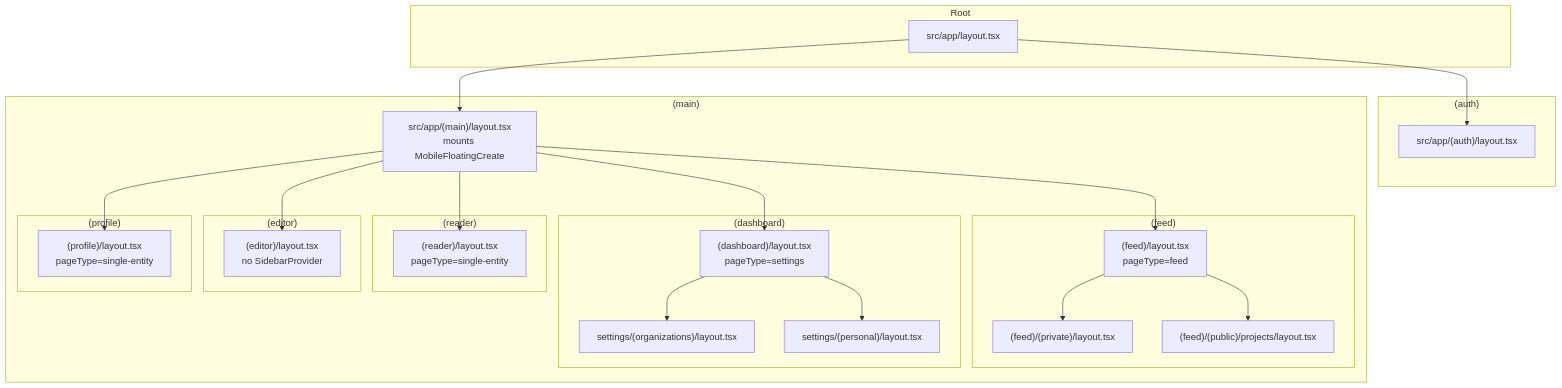
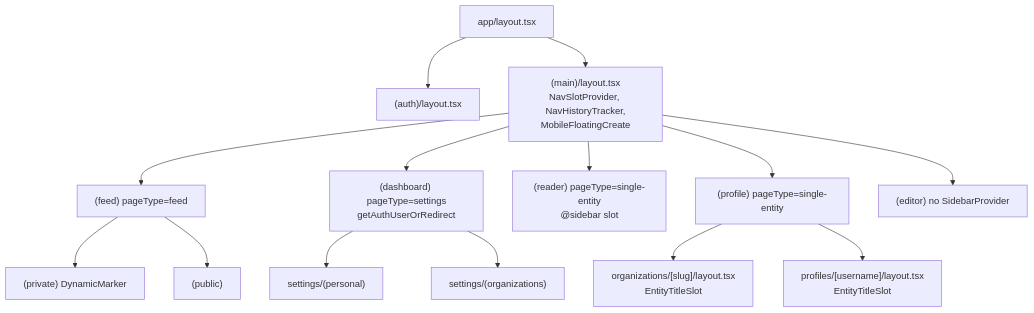
Before and after one commit to jackcasstlesjones/ozeaon-wiki: the diagram in src/content/docs/architecture/app-structure.md, drawn with Mermaid. The commit also changed other lines of this file and 7 other files, not shown here.

Commit message:
docs: trim edge functions, app structure, SSR, profiles, search, events and icons pages

````diff
--- a/src/content/docs/architecture/app-structure.md
+++ b/src/content/docs/architecture/app-structure.md
@@ -44,50 +21,16 @@
 ```mermaid
 flowchart TD
-    subgraph sg_Root["Root"]
-        RootLayout["src/app/layout.tsx"]
-    end
-
-    subgraph sg_Auth["(auth)"]
-        AuthLayout["src/app/(auth)/layout.tsx"]
-    end
-
-    subgraph sg_Main["(main)"]
-        MainLayout["src/app/(main)/layout.tsx<br/>mounts MobileFloatingCreate"]
-
-        subgraph sg_Feed["(feed)"]
-            FeedLayout["(feed)/layout.tsx<br/>pageType=feed"]
-            FeedPrivate["(feed)/(private)/layout.tsx"]
-            FeedPublic["(feed)/(public)/projects/layout.tsx"]
-        end
-
-        subgraph sg_Dashboard["(dashboard)"]
-            DashLayout["(dashboard)/layout.tsx<br/>pageType=settings"]
-            SettingsOrg["settings/(organizations)/layout.tsx"]
-            SettingsPersonal["settings/(personal)/layout.tsx"]
-        end
-
-        subgraph sg_Reader["(reader)"]
-            ReaderLayout["(reader)/layout.tsx<br/>pageType=single-entity"]
-        end
-
-        subgraph sg_Editor["(editor)"]
-            EditorLayout["(editor)/layout.tsx<br/>no SidebarProvider"]
-        end
-
-        subgraph sg_Profile["(profile)"]
-            ProfileLayout["(profile)/layout.tsx<br/>pageType=single-entity"]
-        end
-    end
-
-    RootLayout --> AuthLayout
-    RootLayout --> MainLayout
-    MainLayout --> FeedLayout
-    MainLayout --> DashLayout
-    MainLayout --> ReaderLayout
-    MainLayout --> EditorLayout
-    MainLayout --> ProfileLayout
-    FeedLayout --> FeedPrivate
-    FeedLayout --> FeedPublic
-    DashLayout --> SettingsOrg
-    DashLayout --> SettingsPersonal
+    Root["app/layout.tsx"] --> Auth["(auth)/layout.tsx"]
+    Root --> Main["(main)/layout.tsx<br/>NavSlotProvider, NavHistoryTracker,<br/>MobileFloatingCreate"]
+    Main --> Feed["(feed) pageType=feed"]
+    Main --> Dash["(dashboard) pageType=settings<br/>getAuthUserOrRedirect"]
+    Main --> Reader["(reader) pageType=single-entity<br/>@sidebar slot"]
+    Main --> Profile["(profile) pageType=single-entity"]
+    Main --> Editor["(editor) no SidebarProvider"]
+    Feed --> Private["(private) DynamicMarker"]
+    Feed --> Public["(public)"]
+    Dash --> Personal["settings/(personal)"]
+    Dash --> Orgs["settings/(organizations)"]
+    Profile --> OrgLayout["organizations/[slug]/layout.tsx<br/>EntityTitleSlot"]
+    Profile --> UserLayout["profiles/[username]/layout.tsx<br/>EntityTitleSlot"]
 ```
````
